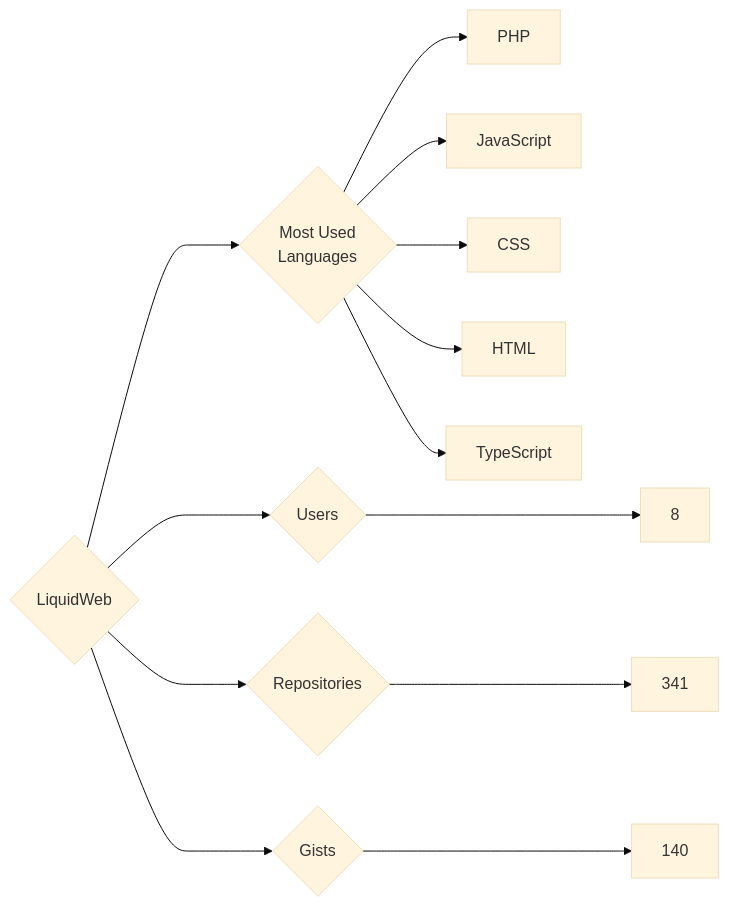
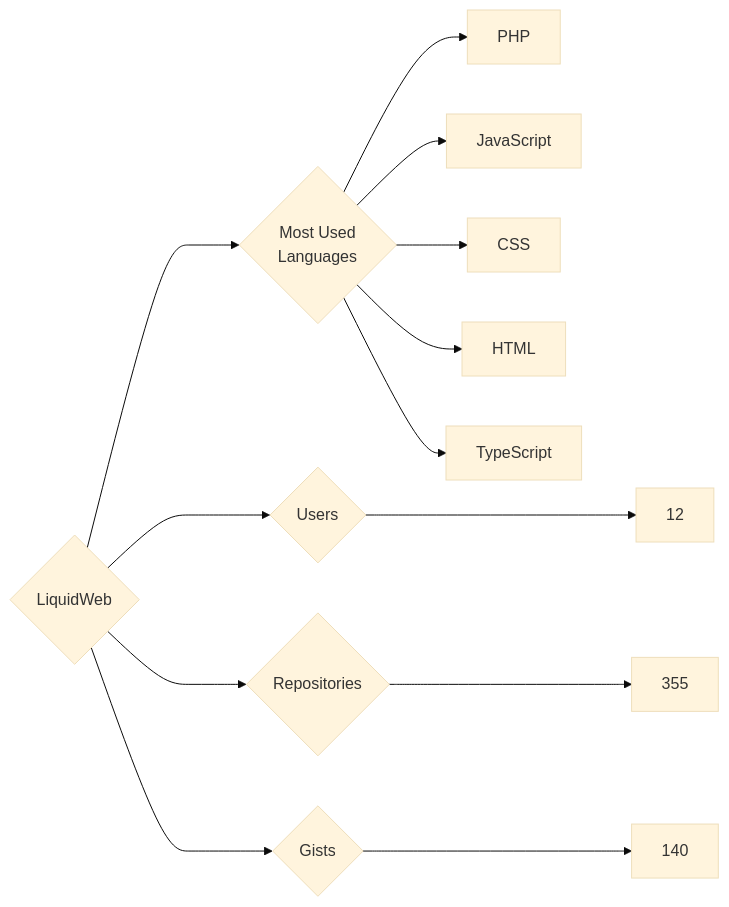
The diagram in targets/LiquidWeb/README.md (trickest/insiders), drawn with Mermaid (base theme) before and after one commit. The commit also changed 930 other files, not shown here.

````diff
--- a/targets/LiquidWeb/README.md
+++ b/targets/LiquidWeb/README.md
@@ -3,13 +3,13 @@
 ```mermaid
 graph LR
 COMPANY_NAME{LiquidWeb}
-COMPANY_NAME ---> U{Users} ---> UN[8]
-COMPANY_NAME ---> R{Repositories} ---> RN[341]
+COMPANY_NAME ---> U{Users} ---> UN[12]
+COMPANY_NAME ---> R{Repositories} ---> RN[355]
 COMPANY_NAME ---> G{Gists} ---> GN[140]
 COMPANY_NAME ---> ML{Most Used<br>Languages}
 ML --> PHP[PHP]
 ML --> JavaScript[JavaScript]
 ML --> CSS[CSS]
 ML --> HTML[HTML]
 ML --> TypeScript[TypeScript]
 ```
````
